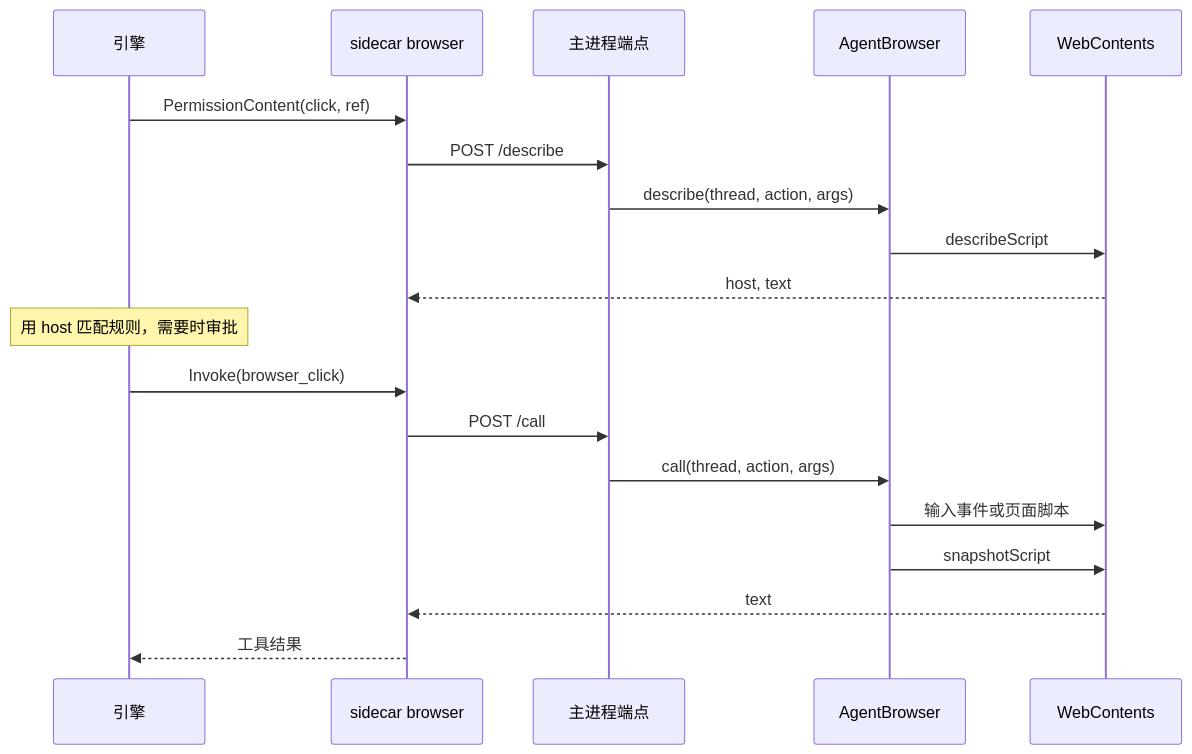
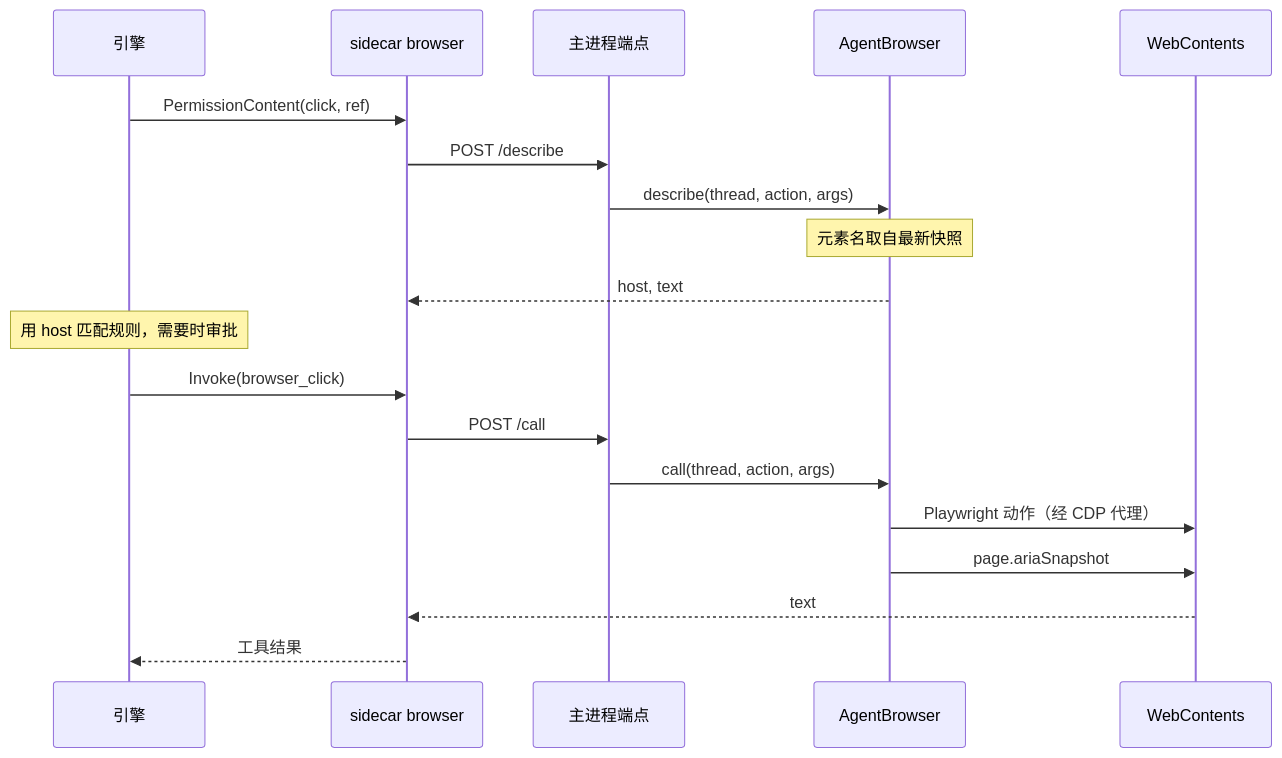
Before and after one commit to 0xfakeSpike/ollupi-docs: the diagram in docs/zh/desktop/browser.md, drawn with Mermaid. The commit also changed other lines of this file and 2 other files, not shown here.

First line of the commit message:
Browser: Playwright over an in-process CDP proxy, as released in 0.7.47

````diff
--- a/docs/zh/desktop/browser.md
+++ b/docs/zh/desktop/browser.md
@@ -52,21 +52,21 @@
 ```mermaid
 sequenceDiagram
   participant E as 引擎
   participant S as sidecar browser
   participant P as 主进程端点
   participant B as AgentBrowser
   participant W as WebContents
   E->>S: PermissionContent(click, ref)
   S->>P: POST /describe
   P->>B: describe(thread, action, args)
-  B->>W: describeScript
-  W-->>S: host, text
+  Note over B: 元素名取自最新快照
+  B-->>S: host, text
   Note over E: 用 host 匹配规则，需要时审批
   E->>S: Invoke(browser_click)
   S->>P: POST /call
   P->>B: call(thread, action, args)
-  B->>W: 输入事件或页面脚本
-  B->>W: snapshotScript
+  B->>W: Playwright 动作（经 CDP 代理）
+  B->>W: page.ariaSnapshot
   W-->>S: text
   S-->>E: 工具结果
 ```
````
